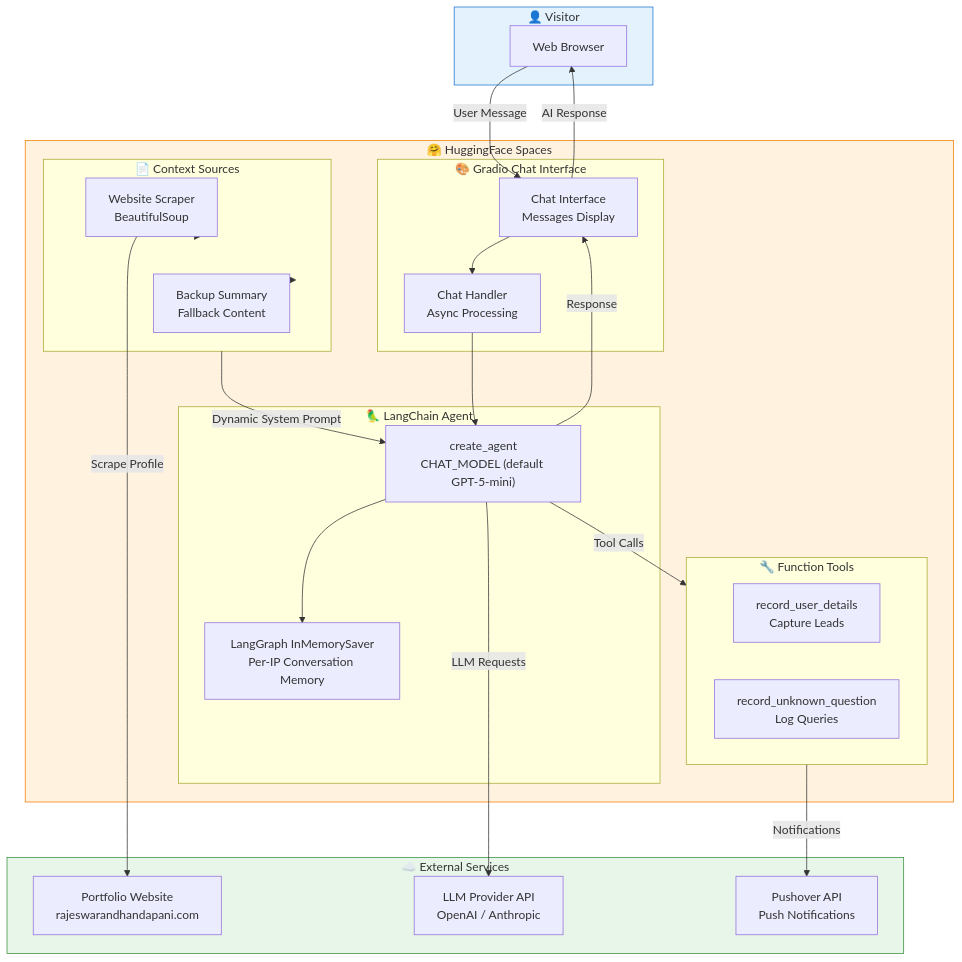
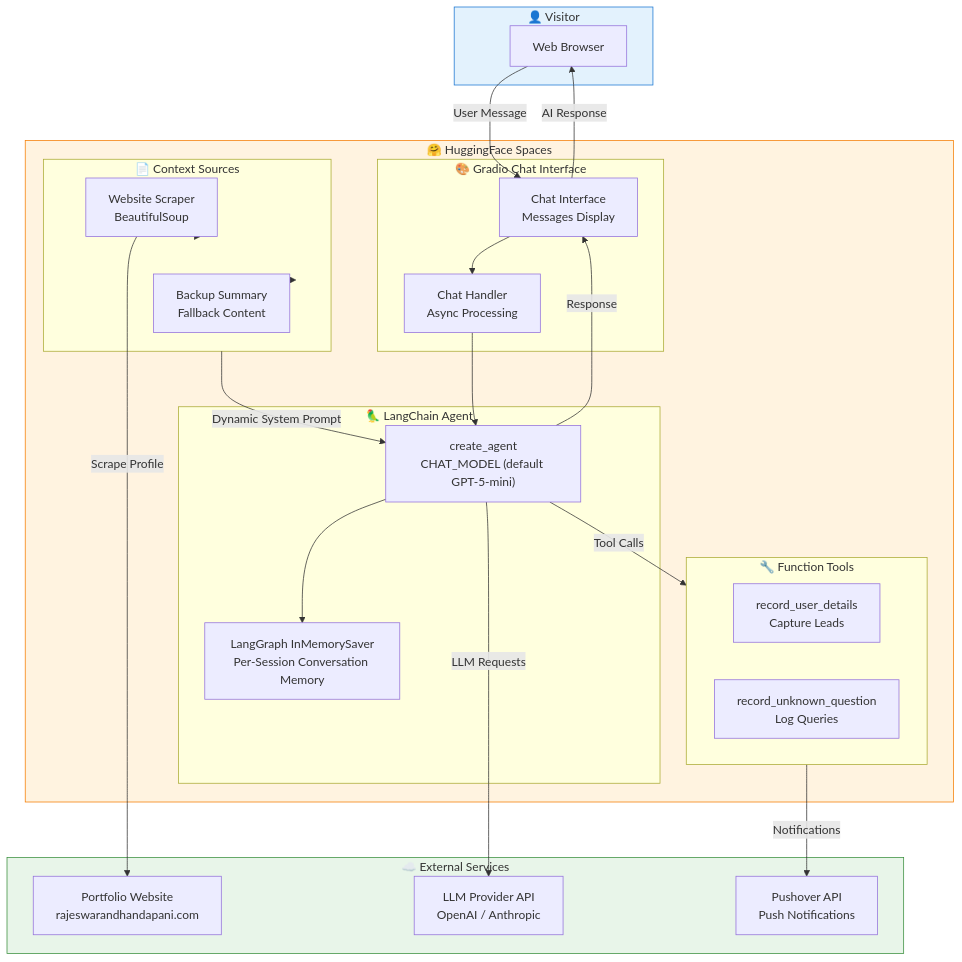
One commit to rajeswarandhandapani/career-conversation-AI-agent-chatbot changed the diagram in README.md. Above: the diagram before and after it, drawn with Mermaid. The commit also changed other lines of this file and 1 other file, not shown here.

Commit message:
fix: update conversation memory handling to use per-session identification instead of per-IP

````diff
--- a/README.md
+++ b/README.md
@@ -19,52 +19,52 @@
 ```mermaid
 flowchart TB
     subgraph User["👤 Visitor"]
         Browser["Web Browser"]
     end
 
     subgraph HuggingFace["🤗 HuggingFace Spaces"]
         subgraph GradioApp["🎨 Gradio Chat Interface"]
             ChatUI["Chat Interface<br/>Messages Display"]
             ChatHandler["Chat Handler<br/>Async Processing"]
         end
         
         subgraph Agent["🦜 LangChain Agent"]
             CareerAgent["create_agent<br/>CHAT_MODEL (default GPT-5-mini)"]
-            Checkpointer["LangGraph InMemorySaver<br/>Per-IP Conversation Memory"]
+            Checkpointer["LangGraph InMemorySaver<br/>Per-Session Conversation Memory"]
         end
         
         subgraph Tools["🔧 Function Tools"]
             RecordUser["record_user_details<br/>Capture Leads"]
             RecordQuestion["record_unknown_question<br/>Log Queries"]
         end
         
         subgraph Context["📄 Context Sources"]
             WebScraper["Website Scraper<br/>BeautifulSoup"]
             BackupFile["Backup Summary<br/>Fallback Content"]
         end
     end
 
     subgraph External["☁️ External Services"]
         LLM["LLM Provider API<br/>OpenAI / Anthropic"]
         Pushover["Pushover API<br/>Push Notifications"]
         Portfolio["Portfolio Website<br/>rajeswarandhandapani.com"]
     end
 
     Browser -->|"User Message"| ChatUI
     ChatUI --> ChatHandler
     ChatHandler --> CareerAgent
     CareerAgent --> Checkpointer
     CareerAgent -->|"Tool Calls"| Tools
     Tools -->|"Notifications"| Pushover
     CareerAgent -->|"LLM Requests"| LLM
     WebScraper -->|"Scrape Profile"| Portfolio
     WebScraper --> Context
     BackupFile --> Context
     Context -->|"Dynamic System Prompt"| CareerAgent
     CareerAgent -->|"Response"| ChatUI
     ChatUI -->|"AI Response"| Browser
 
     style User fill:#e3f2fd,stroke:#1976d2
     style HuggingFace fill:#fff3e0,stroke:#f57c00
     style External fill:#e8f5e9,stroke:#388e3c
 ```
````
